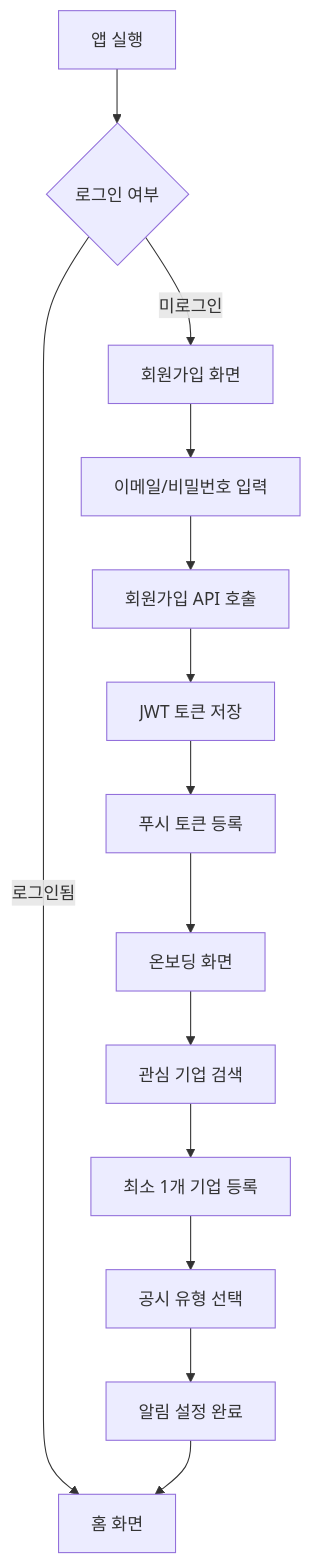
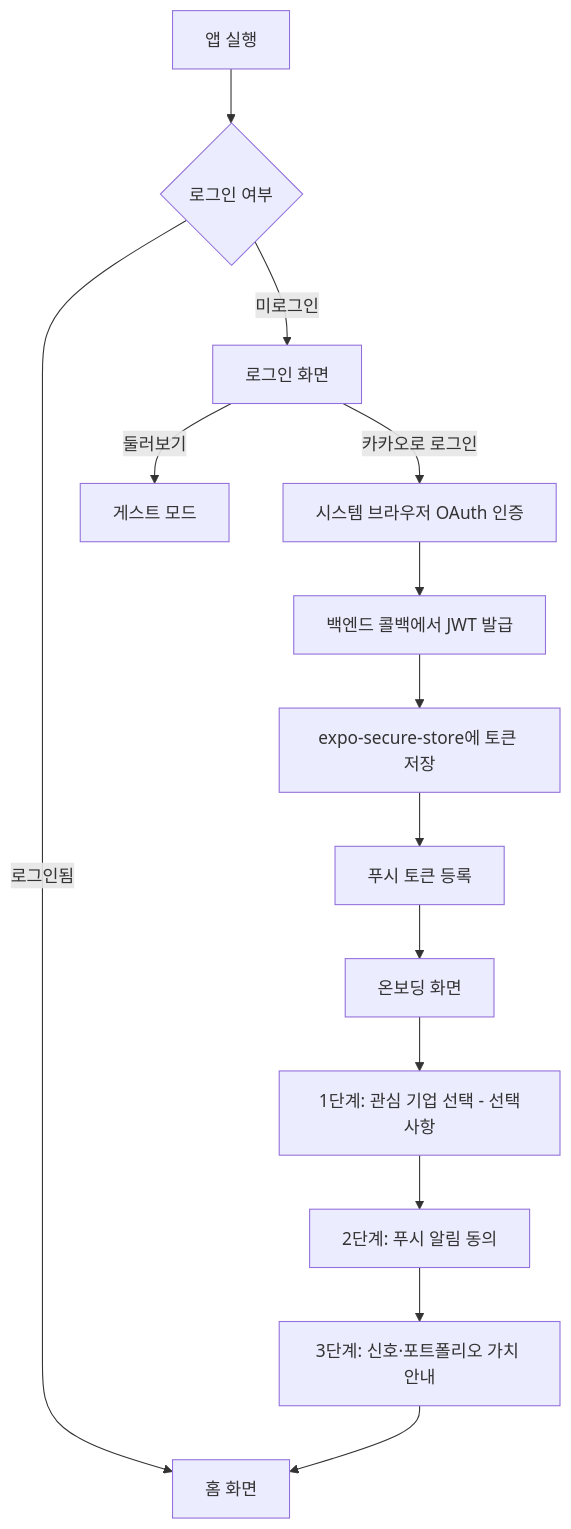
The first of 4 diagrams in docs/workflow.md (Dubbi96/dart-notification), drawn with Mermaid before and after one commit. The commit also changed other lines of this file and 13 other files, not shown here.

````diff
--- a/docs/workflow.md
+++ b/docs/workflow.md
@@ -7,18 +7,18 @@
 ```mermaid
 graph TD
     A[앱 실행] --> B{로그인 여부}
-    B -->|미로그인| C[회원가입 화면]
+    B -->|미로그인| C[로그인 화면]
     B -->|로그인됨| D[홈 화면]
 
-    C --> E[이메일/비밀번호 입력]
-    E --> F[회원가입 API 호출]
-    F --> G[JWT 토큰 저장]
+    C -->|카카오로 로그인| E[시스템 브라우저 OAuth 인증]
+    C -->|둘러보기| P[게스트 모드]
+    E --> F[백엔드 콜백에서 JWT 발급]
+    F --> G[expo-secure-store에 토큰 저장]
     G --> H[푸시 토큰 등록]
     H --> I[온보딩 화면]
 
-    I --> J[관심 기업 검색]
-    J --> K[최소 1개 기업 등록]
-    K --> L[공시 유형 선택]
-    L --> M[알림 설정 완료]
-    M --> D
+    I --> J[1단계: 관심 기업 선택 - 선택사항]
+    J --> K[2단계: 푸시 알림 동의]
+    K --> L[3단계: 신호·포트폴리오 가치 안내]
+    L --> D
 ```
````
